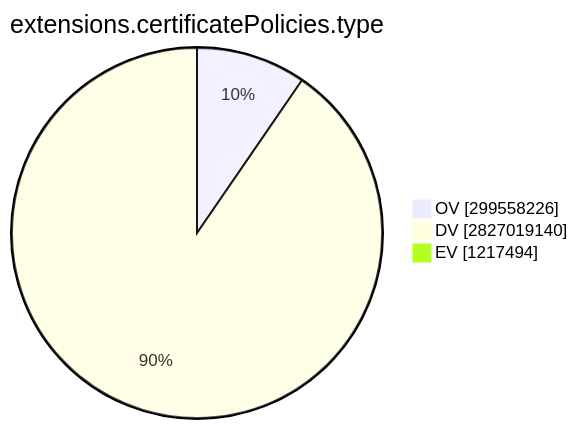
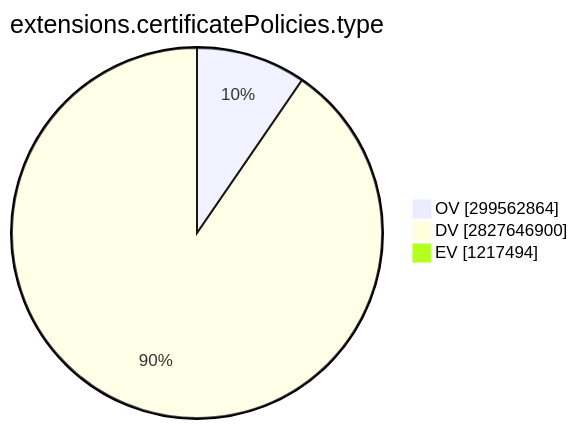
Before and after one commit to christiankrug/ctmonitor_visualization: the ninth of 15 diagrams in TOTAL/README.md, drawn with Mermaid. The commit also changed other lines of this file, not shown here.

````diff
--- a/TOTAL/README.md
+++ b/TOTAL/README.md
@@ -3101,7 +3101,7 @@
 ```mermaid
 pie showData
 title extensions.certificatePolicies.type
-"OV" :299558226
-"DV" :2827019140
+"OV" :299562864
+"DV" :2827646900
 "EV" :1217494
 ```
````
